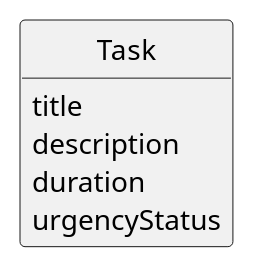
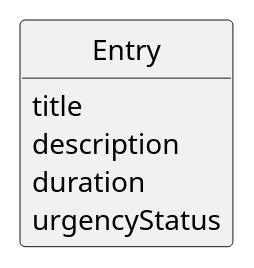
Before and after one commit to ricardomm7/leaflink: the diagram in docs/sprintC/us028/02.analysis/puml/us028-domain-model.puml, drawn with PlantUML. The commit also changed 5 other files, not shown here.

```diff
--- a/docs/sprintC/us028/02.analysis/puml/us028-domain-model.puml
+++ b/docs/sprintC/us028/02.analysis/puml/us028-domain-model.puml
@@ -1,21 +1,21 @@
 @startuml
 skinparam monochrome true
 skinparam packageStyle rectangle
 skinparam shadowing false
 
 'left to right direction
 
 
 hide circle
 hide methods
 
 
-class Task
+class Entry
  {
     title
     description
     duration
     urgencyStatus
 }
 
 @enduml
```
